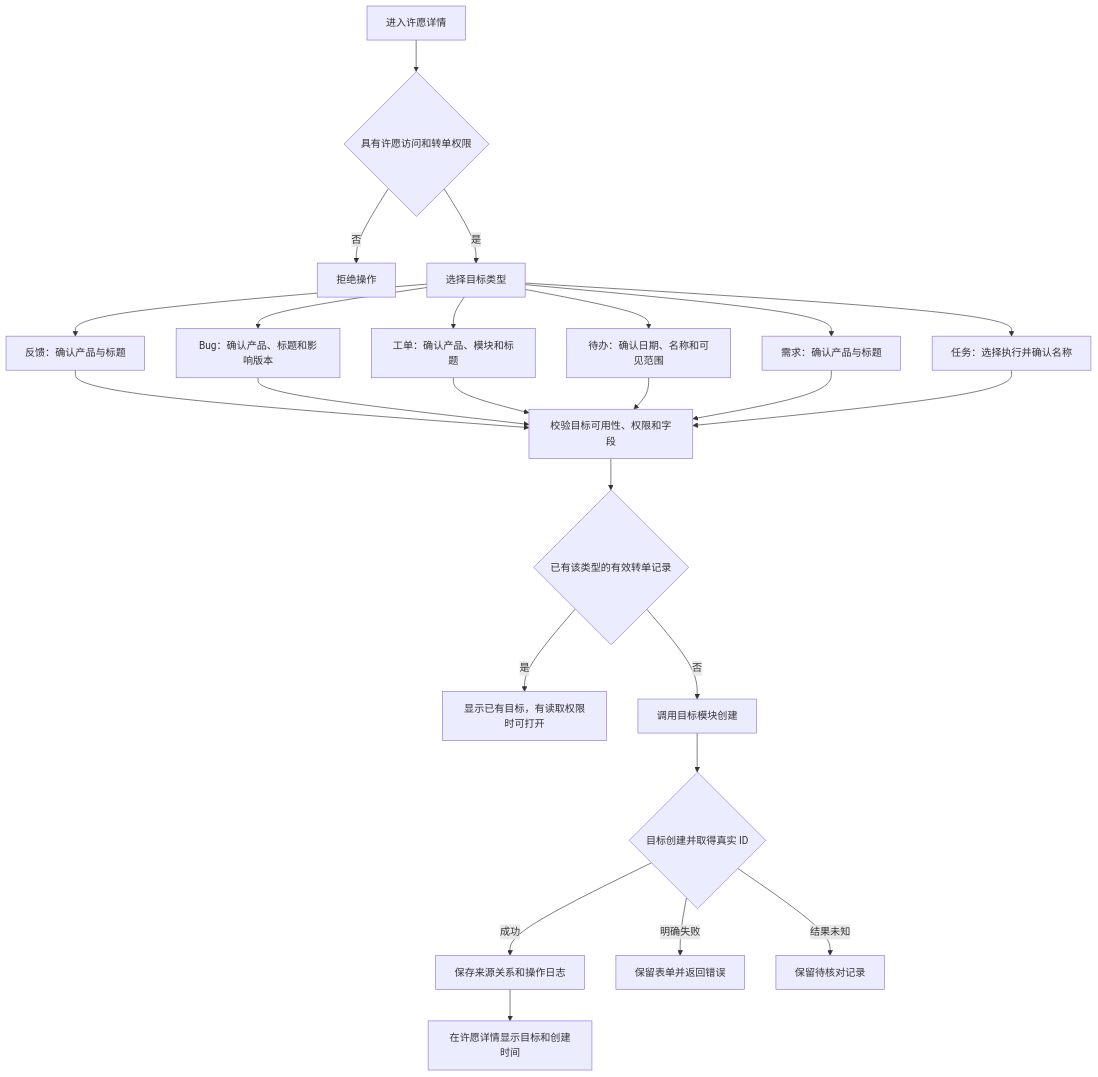
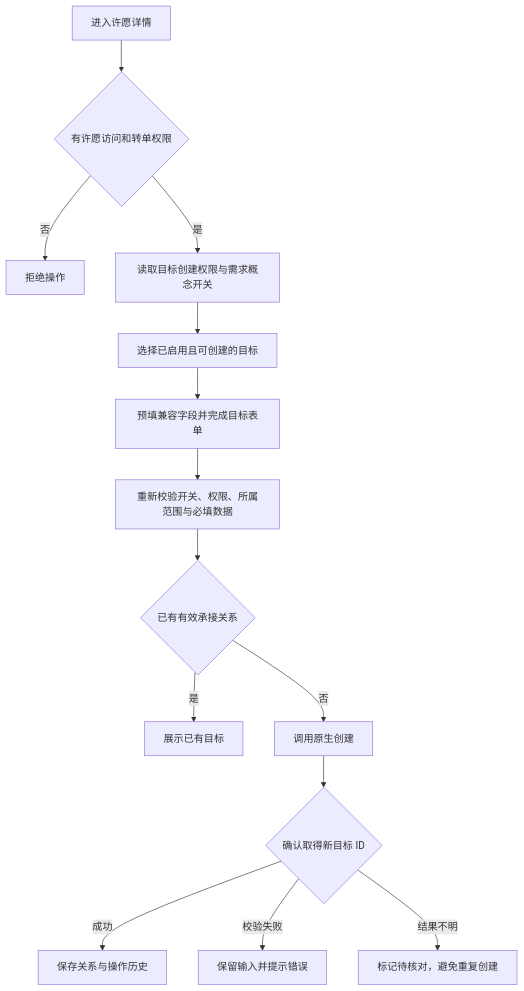
The first of 2 diagrams in doc/wishpool/conversion-design.md (yes8080/zentaopms), drawn with Mermaid before and after one commit. The commit also changed other lines of this file and 20 other files, not shown here.

Commit message:
docs: audit Wishpool flows and bundle the native ZUI prototype

````diff
--- a/doc/wishpool/conversion-design.md
+++ b/doc/wishpool/conversion-design.md
@@ -7,21 +7,16 @@
 ```mermaid
 flowchart TD
-  A[进入许愿详情] --> B{具有许愿访问和转单权限}
+  A[进入许愿详情] --> B{有许愿访问和转单权限}
   B -- 否 --> X[拒绝操作]
-  B -- 是 --> C[选择目标类型]
-  C --> F[反馈：确认产品与标题]
-  C --> G[Bug：确认产品、标题和影响版本]
-  C --> H[工单：确认产品、模块和标题]
-  C --> I[待办：确认日期、名称和可见范围]
-  C --> J[需求：确认产品与标题]
-  C --> K[任务：选择执行并确认名称]
-  F & G & H & I & J & K --> L[校验目标可用性、权限和字段]
-  L --> M{已有该类型的有效转单记录}
-  M -- 是 --> N[显示已有目标，有读取权限时可打开]
-  M -- 否 --> O[调用目标模块创建]
-  O --> P{目标创建并取得真实 ID}
-  P -- 成功 --> Q[保存来源关系和操作日志]
-  P -- 明确失败 --> R[保留表单并返回错误]
-  P -- 结果未知 --> S[保留待核对记录]
-  Q --> T[在许愿详情显示目标和创建时间]
+  B -- 是 --> C[读取目标创建权限与需求概念开关]
+  C --> D[选择已启用且可创建的目标]
+  D --> E[预填兼容字段并完成目标表单]
+  E --> F[重新校验开关、权限、所属范围与必填数据]
+  F --> G{已有有效承接关系}
+  G -- 是 --> H[展示已有目标]
+  G -- 否 --> I[调用原生创建]
+  I --> J{确认取得新目标 ID}
+  J -- 成功 --> K[保存关系与操作历史]
+  J -- 校验失败 --> L[保留输入并提示错误]
+  J -- 结果不明 --> M[标记待核对，避免重复创建]
 ```
````
